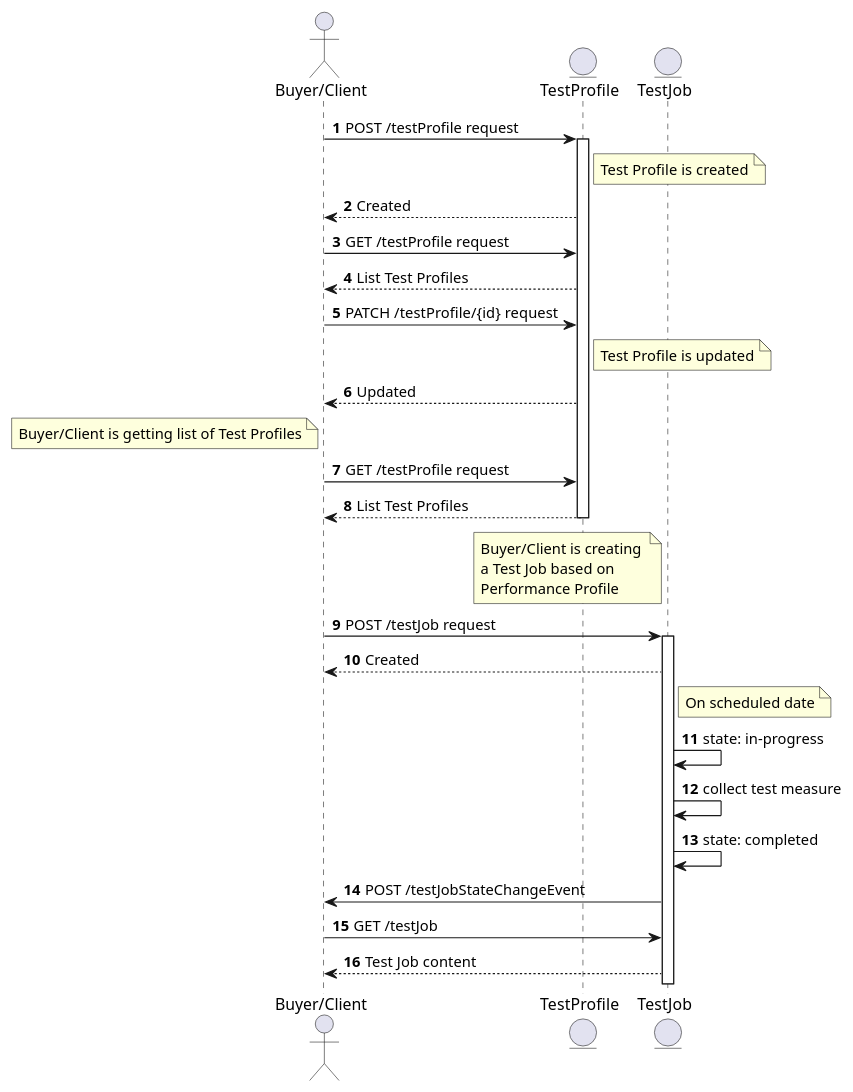
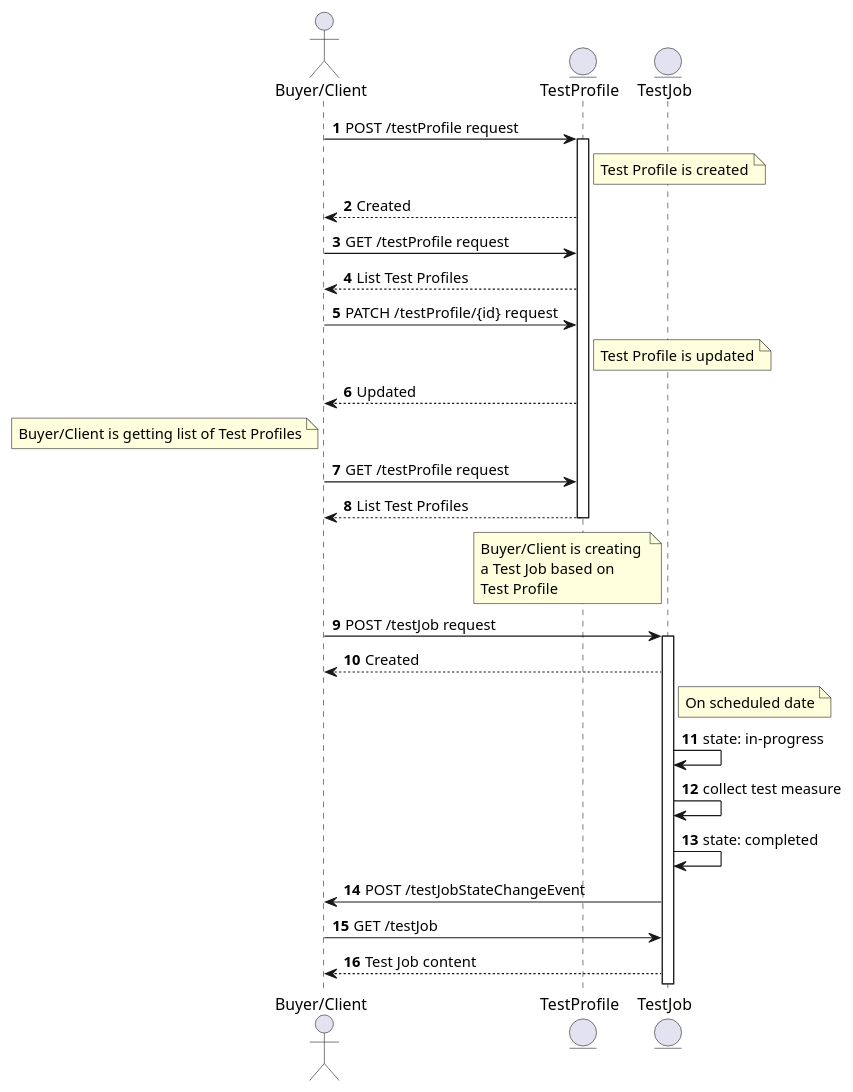
The diagram in documentation/serviceApi/sft/serviceTest/media/src/sftEntities.puml (MEF-GIT/MEF-LSO-Interlude-SDK), drawn with PlantUML before and after one commit. The commit also changed 120 other files, not shown here.

```diff
--- a/documentation/serviceApi/sft/serviceTest/media/src/sftEntities.puml
+++ b/documentation/serviceApi/sft/serviceTest/media/src/sftEntities.puml
@@ -1,34 +1,34 @@
 @startuml sftEntities
 autonumber
 
 actor "Buyer/Client" as B
 entity TestProfile as PP
 entity TestJob as PJ
 
 B -> PP: POST /testProfile request
 activate PP
 note right of PP: Test Profile is created 
 PP --> B: Created
 B -> PP: GET /testProfile request
 PP --> B: List Test Profiles
 B -> PP: PATCH /testProfile/{id} request
 note right of PP: Test Profile is updated
 PP --> B: Updated
 note left of B: Buyer/Client is getting list of Test Profiles
 B -> PP: GET /testProfile request
 PP --> B: List Test Profiles
 deactivate PP
 
-note left of PJ: Buyer/Client is creating \na Test Job based on \nPerformance Profile
+note left of PJ: Buyer/Client is creating \na Test Job based on \nTest Profile
 B -> PJ: POST /testJob request
 activate PJ
 PJ --> B: Created
 note right of PJ: On scheduled date
 PJ -> PJ: state: in-progress
 PJ -> PJ: collect test measure
 PJ -> PJ: state: completed
 PJ -> B: POST /testJobStateChangeEvent
 B -> PJ: GET /testJob
 PJ --> B: Test Job content
 
 @enduml
```
